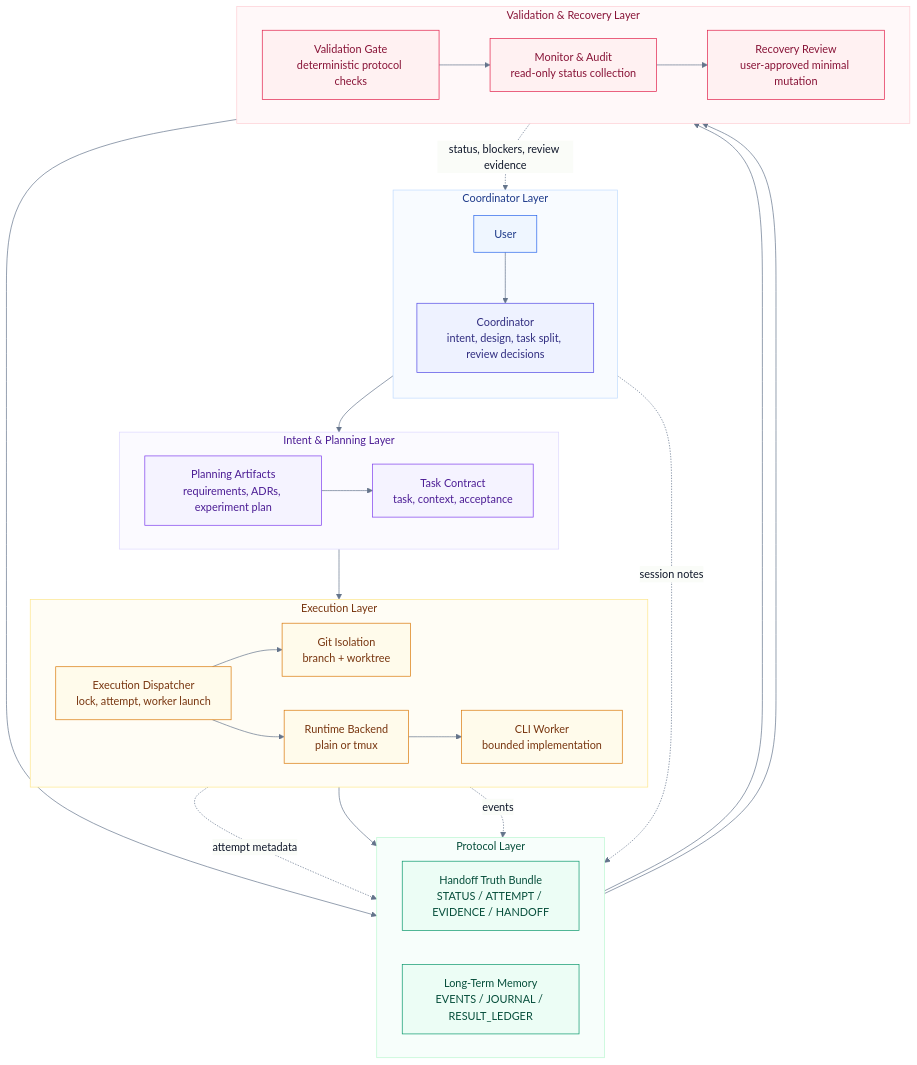
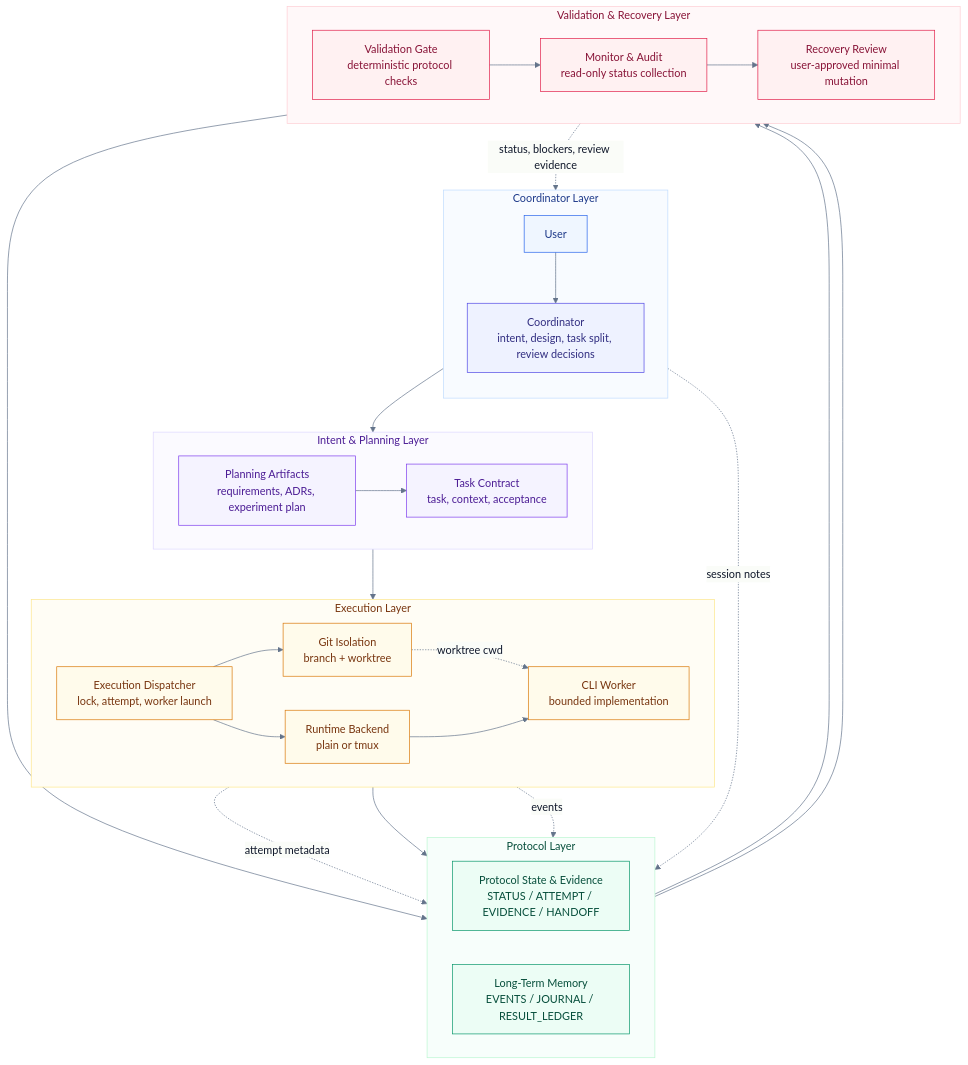
Before and after one commit to LKCY23/research-dev-orchestrator: the first of 2 diagrams in README.md, drawn with Mermaid. The commit also changed other lines of this file, not shown here.

Commit message:
Refine README architecture semantics

````diff
--- a/README.md
+++ b/README.md
@@ -56,67 +56,68 @@
 ```mermaid
 %%{init: {"theme":"base","themeVariables":{"fontFamily":"Inter, ui-sans-serif, system-ui","primaryColor":"#f8fafc","primaryTextColor":"#0f172a","primaryBorderColor":"#cbd5e1","lineColor":"#64748b","tertiaryColor":"#ffffff"},"flowchart":{"curve":"basis"}}}%%
 flowchart TB
   subgraph L1["Coordinator Layer"]
     direction TB
     U["User"]:::human
     C["Coordinator<br/>intent, design, task split, review decisions"]:::coord
     U --> C
   end
 
   subgraph L2["Intent & Planning Layer"]
     direction LR
     P["Planning Artifacts<br/>requirements, ADRs, experiment plan"]:::planning
     T["Task Contract<br/>task, context, acceptance"]:::planning
     P --> T
   end
 
   subgraph L3["Execution Layer"]
     direction LR
     D["Execution Dispatcher<br/>lock, attempt, worker launch"]:::exec
     G["Git Isolation<br/>branch + worktree"]:::exec
     B["Runtime Backend<br/>plain or tmux"]:::exec
     W["CLI Worker<br/>bounded implementation"]:::exec
     D --> G
     D --> B
+    G -. "worktree cwd" .-> W
     B --> W
   end
 
   subgraph L4["Protocol Layer"]
     direction LR
-    Q["Handoff Truth Bundle<br/>STATUS / ATTEMPT / EVIDENCE / HANDOFF"]:::truth
+    Q["Protocol State & Evidence<br/>STATUS / ATTEMPT / EVIDENCE / HANDOFF"]:::truth
     M["Long-Term Memory<br/>EVENTS / JOURNAL / RESULT_LEDGER"]:::truth
   end
 
   subgraph L5["Validation & Recovery Layer"]
     direction LR
     V["Validation Gate<br/>deterministic protocol checks"]:::validate
     O["Monitor & Audit<br/>read-only status collection"]:::validate
     R["Recovery Review<br/>user-approved minimal mutation"]:::validate
     V --> O
     O --> R
   end
 
   C --> P
   T --> D
   D -. "attempt metadata" .-> Q
   W --> Q
   C -. "session notes" .-> M
   D -. "events" .-> M
   Q --> V
   M --> O
   O -. "status, blockers, review evidence" .-> C
   R --> M
 
   classDef human fill:#eff6ff,stroke:#2563eb,color:#1e3a8a;
   classDef coord fill:#eef2ff,stroke:#4f46e5,color:#312e81;
   classDef planning fill:#f5f3ff,stroke:#7c3aed,color:#4c1d95;
   classDef exec fill:#fffbeb,stroke:#d97706,color:#78350f;
   classDef truth fill:#ecfdf5,stroke:#059669,color:#064e3b;
   classDef validate fill:#fff1f2,stroke:#e11d48,color:#881337;
 
   style L1 fill:#f8fbff,stroke:#bfdbfe,stroke-width:1px,color:#1e3a8a;
   style L2 fill:#fbfaff,stroke:#ddd6fe,stroke-width:1px,color:#4c1d95;
   style L3 fill:#fffdf5,stroke:#fde68a,stroke-width:1px,color:#78350f;
   style L4 fill:#f7fefb,stroke:#bbf7d0,stroke-width:1px,color:#064e3b;
   style L5 fill:#fff8f9,stroke:#fecdd3,stroke-width:1px,color:#881337;
 ```
````
